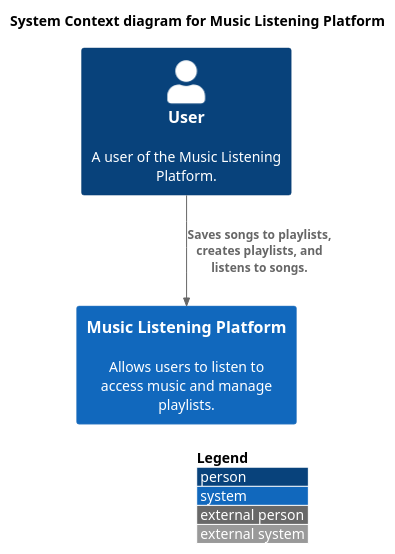
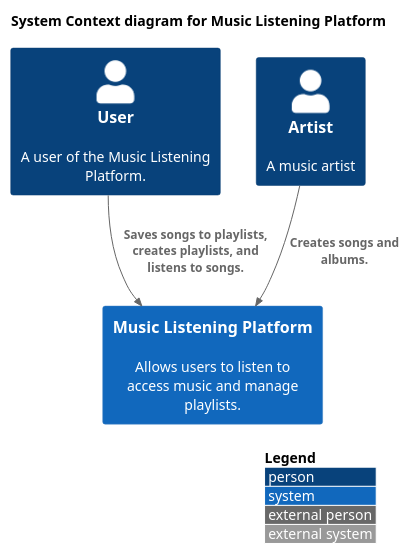
The diagram in src/main/java/diagrams/Level2_Diagram.puml (megadoxs/MusicWebService), drawn with PlantUML before and after one commit.

Commit message:
Updated the Level 2

```diff
--- a/src/main/java/diagrams/Level2_Diagram.puml
+++ b/src/main/java/diagrams/Level2_Diagram.puml
@@ -1,16 +1,18 @@
 @startuml
 !include https://raw.githubusercontent.com/plantuml-stdlib/C4-PlantUML/master/C4_Context.puml
 ' uncomment the following line and comment the first to use locally
 ' !include C4_Context.puml
 
 LAYOUT_WITH_LEGEND()
 
 title System Context diagram for Music Listening Platform
 
 Person(User, "User", "A user of the Music Listening Platform.")
+Person(Artist, "Artist", "A music artist")
 System(music_system, "Music Listening Platform", "Allows users to listen to access music and manage playlists.")
 
 
 Rel(User, music_system, "Saves songs to playlists, creates playlists, and listens to songs.")
+Rel(Artist, music_system, "Creates songs and albums.")
 
 @enduml
```
